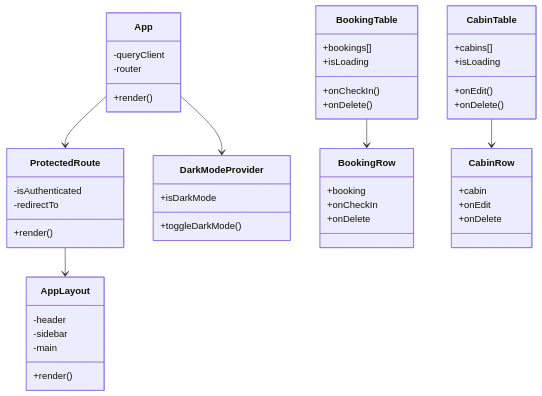
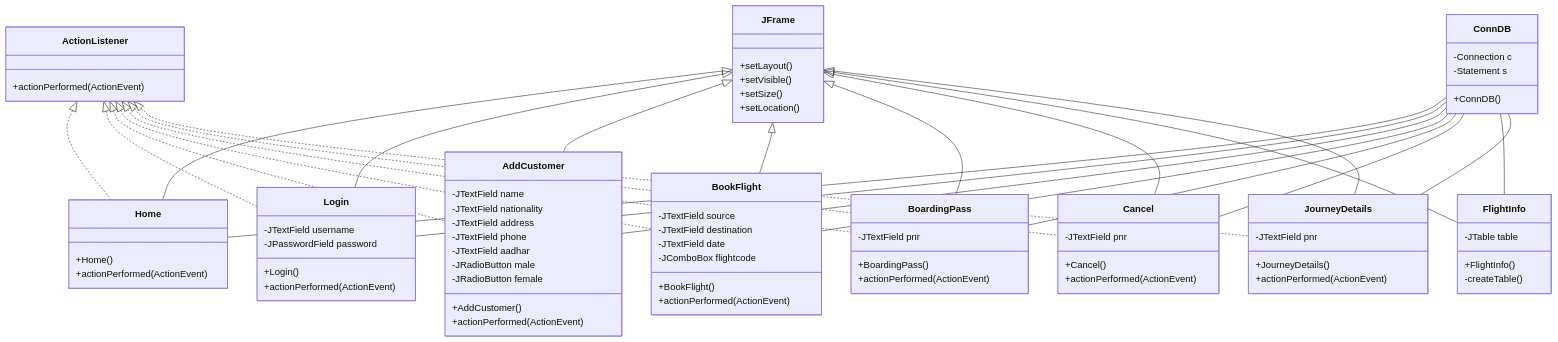
One commit to Barath-07-tech/codebase_doc changed the diagram in docs/classes.md. Above: the diagram before and after it, drawn with Mermaid. The commit also changed other lines of this file and 16 other files, not shown here.

````diff
--- a/docs/classes.md
+++ b/docs/classes.md
@@ -9,53 +5,102 @@
 ```mermaid
 classDiagram
-    class App {
-        +render()
-        -queryClient
-        -router
+    JFrame <|-- Home
+    JFrame <|-- Login
+    JFrame <|-- AddCustomer
+    JFrame <|-- BookFlight
+    JFrame <|-- BoardingPass
+    JFrame <|-- Cancel
+    JFrame <|-- FlightInfo
+    JFrame <|-- JourneyDetails
+
+    ActionListener <|.. Home
+    ActionListener <|.. Login
+    ActionListener <|.. AddCustomer
+    ActionListener <|.. BookFlight
+    ActionListener <|.. BoardingPass
+    ActionListener <|.. Cancel
+    ActionListener <|.. JourneyDetails
+
+    ConnDB -- Home
+    ConnDB -- Login
+    ConnDB -- AddCustomer
+    ConnDB -- BookFlight
+    ConnDB -- BoardingPass
+    ConnDB -- Cancel
+    ConnDB -- FlightInfo
+    ConnDB -- JourneyDetails
+
+    class JFrame {
+        +setLayout()
+        +setVisible()
+        +setSize()
+        +setLocation()
     }
-    class AppLayout {
-        +render()
-        -header
-        -sidebar
-        -main
+
+    class ActionListener {
+        +actionPerformed(ActionEvent)
     }
-    class ProtectedRoute {
-        +render()
-        -isAuthenticated
-        -redirectTo
+
+    class ConnDB {
+        -Connection c
+        -Statement s
+        +ConnDB()
     }
-    class DarkModeProvider {
-        +isDarkMode
-        +toggleDarkMode()
+
+    class Home {
+        +Home()
+        +actionPerformed(ActionEvent)
     }
-    
-    App --> DarkModeProvider
-    App --> ProtectedRoute
-    ProtectedRoute --> AppLayout
-    
-    class BookingTable {
-        +bookings[]
-        +isLoading
-        +onCheckIn()
-        +onDelete()
+
+    class Login {
+        -JTextField username
+        -JPasswordField password
+        +Login()
+        +actionPerformed(ActionEvent)
     }
-    class BookingRow {
-        +booking
-        +onCheckIn
-        +onDelete
+
+    class AddCustomer {
+        -JTextField name
+        -JTextField nationality
+        -JTextField address
+        -JTextField phone
+        -JTextField aadhar
+        -JRadioButton male
+        -JRadioButton female
+        +AddCustomer()
+        +actionPerformed(ActionEvent)
     }
-    BookingTable --> BookingRow
-    
-    class CabinTable {
-        +cabins[]
-        +isLoading
-        +onEdit()
-        +onDelete()
+
+    class BookFlight {
+        -JTextField source
+        -JTextField destination
+        -JTextField date
+        -JComboBox flightcode
+        +BookFlight()
+        +actionPerformed(ActionEvent)
     }
-    class CabinRow {
-        +cabin
-        +onEdit
-        +onDelete
+
+    class BoardingPass {
+        -JTextField pnr
+        +BoardingPass()
+        +actionPerformed(ActionEvent)
     }
-    CabinTable --> CabinRow
+
+    class Cancel {
+        -JTextField pnr
+        +Cancel()
+        +actionPerformed(ActionEvent)
+    }
+
+    class FlightInfo {
+        -JTable table
+        +FlightInfo()
+        -createTable()
+    }
+
+    class JourneyDetails {
+        -JTextField pnr
+        +JourneyDetails()
+        +actionPerformed(ActionEvent)
+    }
 ```
````
